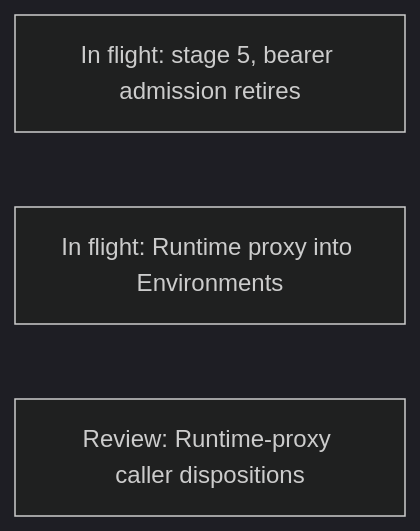
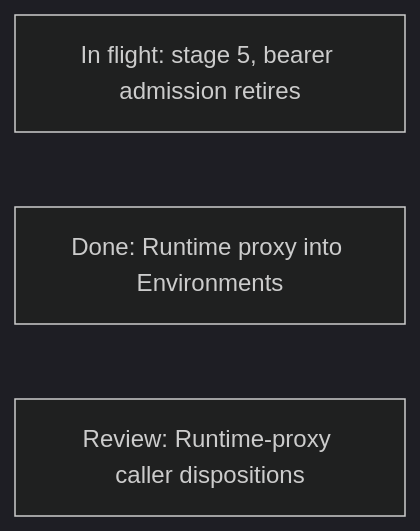
The first of 20 diagrams in agentplane/plans/task_dag.md (agentydragon/ducktape), drawn with Mermaid (dark theme) before and after one commit. The commit also changed other lines of this file and 5 other files, not shown here.

````diff
--- a/agentplane/plans/task_dag.md
+++ b/agentplane/plans/task_dag.md
@@ -206,6 +206,6 @@
 ```mermaid
 flowchart LR
     PRIVILEGED_BACKEND_AUTH_DESIGN[In flight: stage 5, bearer admission retires]
-    RUNTIME_PROXY_TO_ENVIRONMENTS[In flight: Runtime proxy into Environments]
+    RUNTIME_PROXY_TO_ENVIRONMENTS[Done: Runtime proxy into Environments]
     RUNTIME_PROXY_CALLER_AUDIT[Review: Runtime-proxy caller dispositions]
 ```
````
